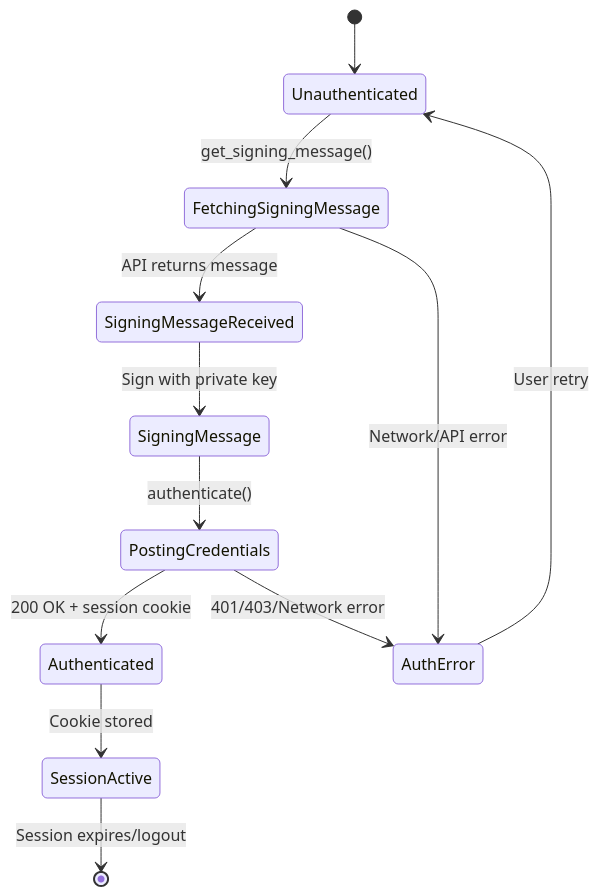
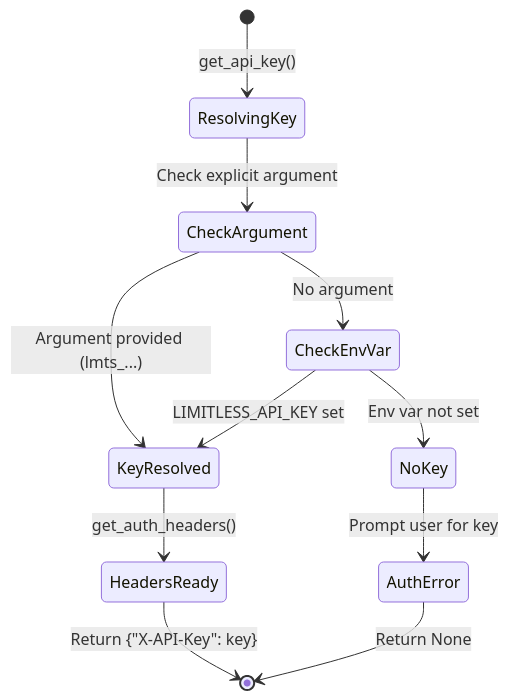
One commit to Frostbite1536/Prediction_Analyzer changed the second of 11 diagrams in docs/STATE_MACHINE_DIAGRAMS.md. Above: the diagram before and after it, drawn with Mermaid. The commit also changed other lines of this file and 17 other files, not shown here.

````diff
--- a/docs/STATE_MACHINE_DIAGRAMS.md
+++ b/docs/STATE_MACHINE_DIAGRAMS.md
@@ -78,22 +75,18 @@
 ```mermaid
 stateDiagram-v2
-    [*] --> Unauthenticated
+    [*] --> ResolvingKey: get_api_key()
 
-    Unauthenticated --> FetchingSigningMessage: get_signing_message()
+    ResolvingKey --> CheckArgument: Check explicit argument
 
-    FetchingSigningMessage --> SigningMessageReceived: API returns message
-    FetchingSigningMessage --> AuthError: Network/API error
+    CheckArgument --> KeyResolved: Argument provided (lmts_...)
+    CheckArgument --> CheckEnvVar: No argument
 
-    SigningMessageReceived --> SigningMessage: Sign with private key
+    CheckEnvVar --> KeyResolved: LIMITLESS_API_KEY set
+    CheckEnvVar --> NoKey: Env var not set
 
-    SigningMessage --> PostingCredentials: authenticate()
+    KeyResolved --> HeadersReady: get_auth_headers()
+    NoKey --> AuthError: Prompt user for key
 
-    PostingCredentials --> Authenticated: 200 OK + session cookie
-    PostingCredentials --> AuthError: 401/403/Network error
-
-    Authenticated --> SessionActive: Cookie stored
-
-    AuthError --> Unauthenticated: User retry
-
-    SessionActive --> [*]: Session expires/logout
+    HeadersReady --> [*]: Return {"X-API-Key": key}
+    AuthError --> [*]: Return None
 ```
````
